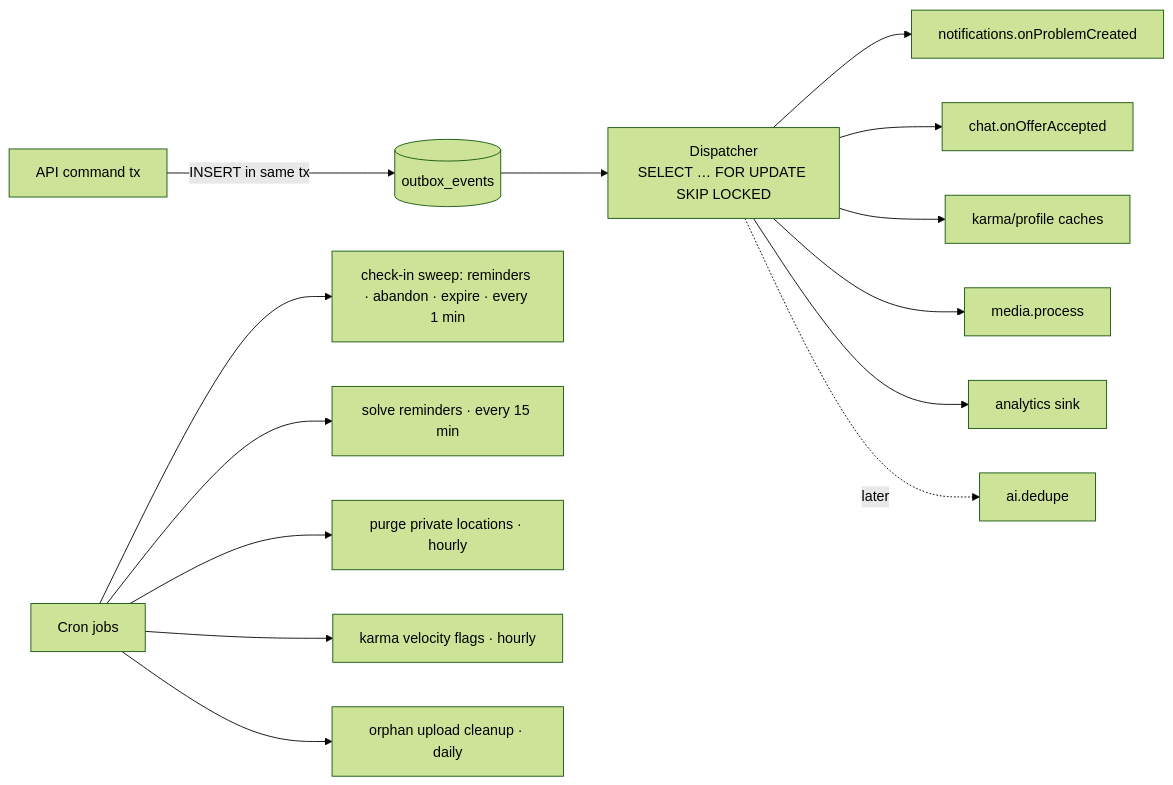
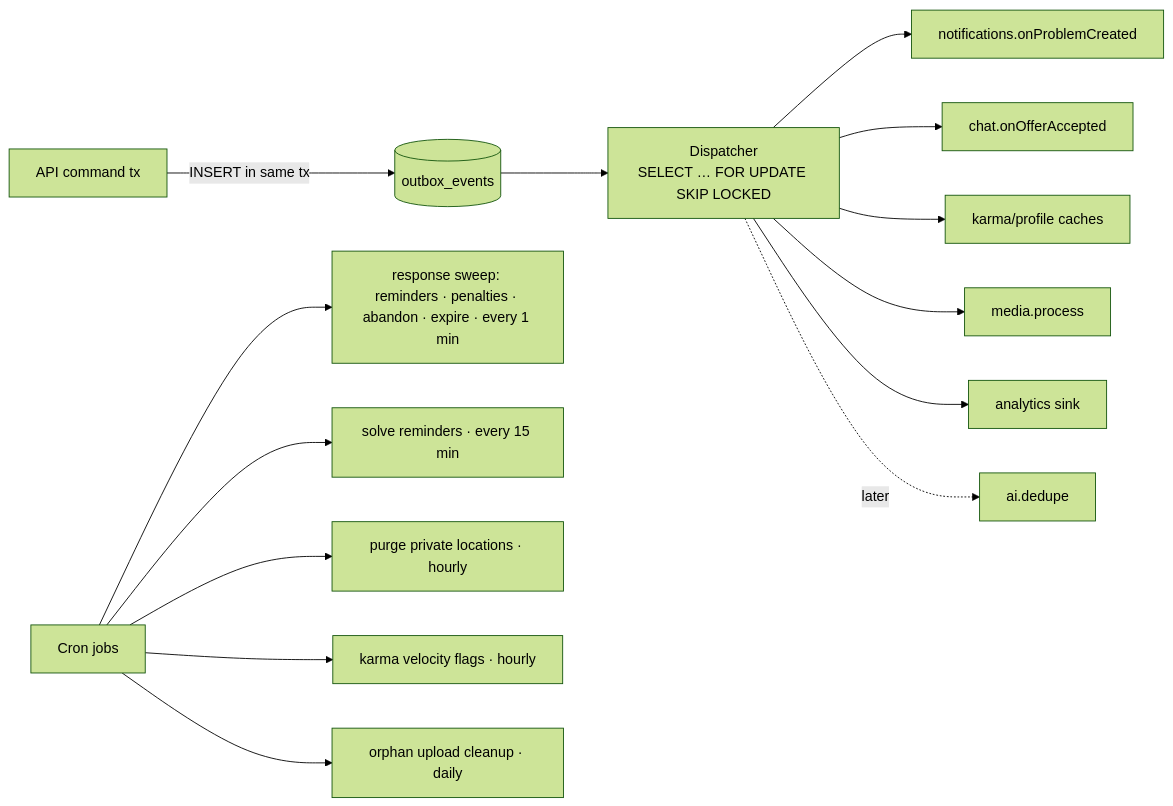
The third of 4 diagrams in docs/03-architecture.md (thedeepakreddy/HelpIN), drawn with Mermaid (forest theme) before and after one commit. The commit also changed other lines of this file and 7 other files, not shown here.

````diff
--- a/docs/03-architecture.md
+++ b/docs/03-architecture.md
@@ -258,16 +258,16 @@
 ```mermaid
 flowchart LR
   Cmd[API command tx] -- "INSERT in same tx" --> OB[(outbox_events)]
   OB --> D[Dispatcher<br/>SELECT … FOR UPDATE SKIP LOCKED]
   D --> C1[notifications.onProblemCreated]
   D --> C2[chat.onOfferAccepted]
   D --> C3[karma/profile caches]
   D --> C4[media.process]
   D --> C5[analytics sink]
   D -. later .-> C6[ai.dedupe]
-  Cron[Cron jobs] --> J1[check-in sweep: reminders · abandon · expire · every 1 min]
+  Cron[Cron jobs] --> J1[response sweep: reminders · penalties · abandon · expire · every 1 min]
   Cron --> J2[solve reminders · every 15 min]
   Cron --> J3[purge private locations · hourly]
   Cron --> J4[karma velocity flags · hourly]
   Cron --> J5[orphan upload cleanup · daily]
 ```
````
